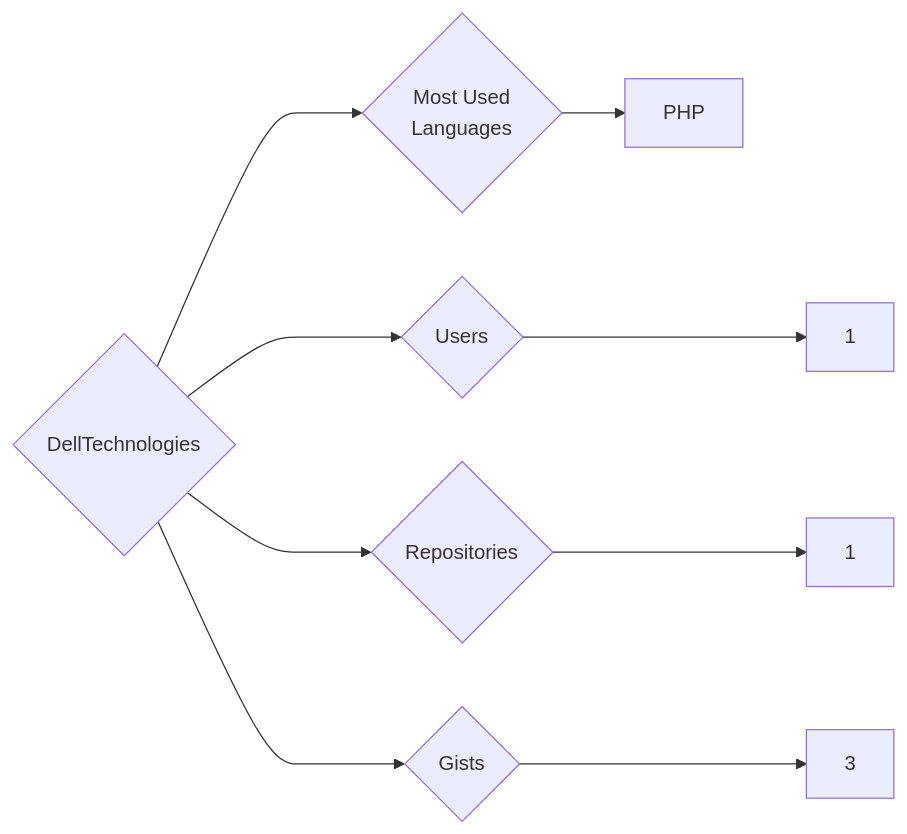
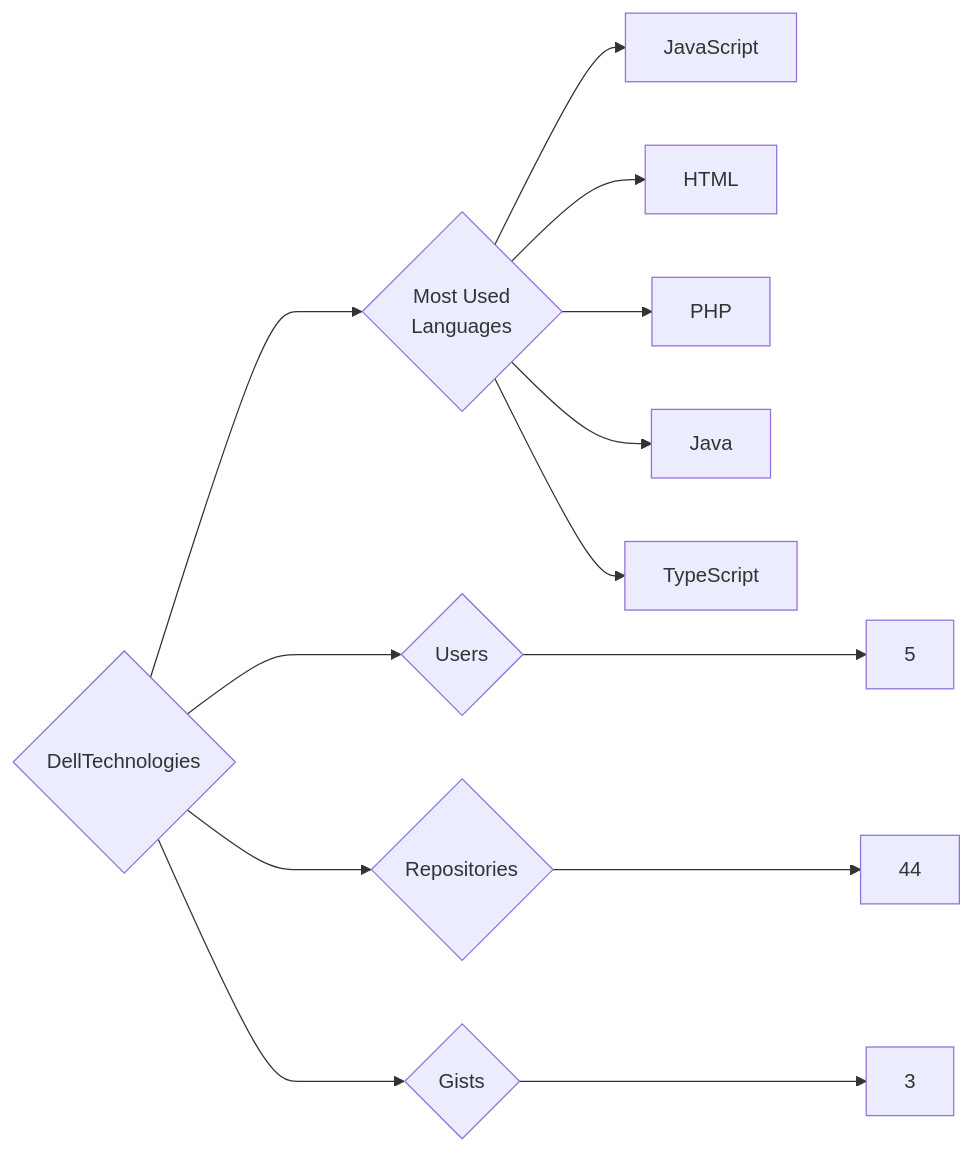
Before and after one commit to trickest/insiders: the diagram in targets/DellTechnologies/README.md, drawn with Mermaid. The commit also changed 859 other files, not shown here.

````diff
--- a/targets/DellTechnologies/README.md
+++ b/targets/DellTechnologies/README.md
@@ -3,9 +3,13 @@
 ```mermaid
 graph LR
 COMPANY_NAME{DellTechnologies}
-COMPANY_NAME ---> U{Users} ---> UN[1]
-COMPANY_NAME ---> R{Repositories} ---> RN[1]
+COMPANY_NAME ---> U{Users} ---> UN[5]
+COMPANY_NAME ---> R{Repositories} ---> RN[44]
 COMPANY_NAME ---> G{Gists} ---> GN[3]
 COMPANY_NAME ---> ML{Most Used<br>Languages}
+ML --> JavaScript[JavaScript]
+ML --> HTML[HTML]
 ML --> PHP[PHP]
+ML --> Java[Java]
+ML --> TypeScript[TypeScript]
 ```
````
